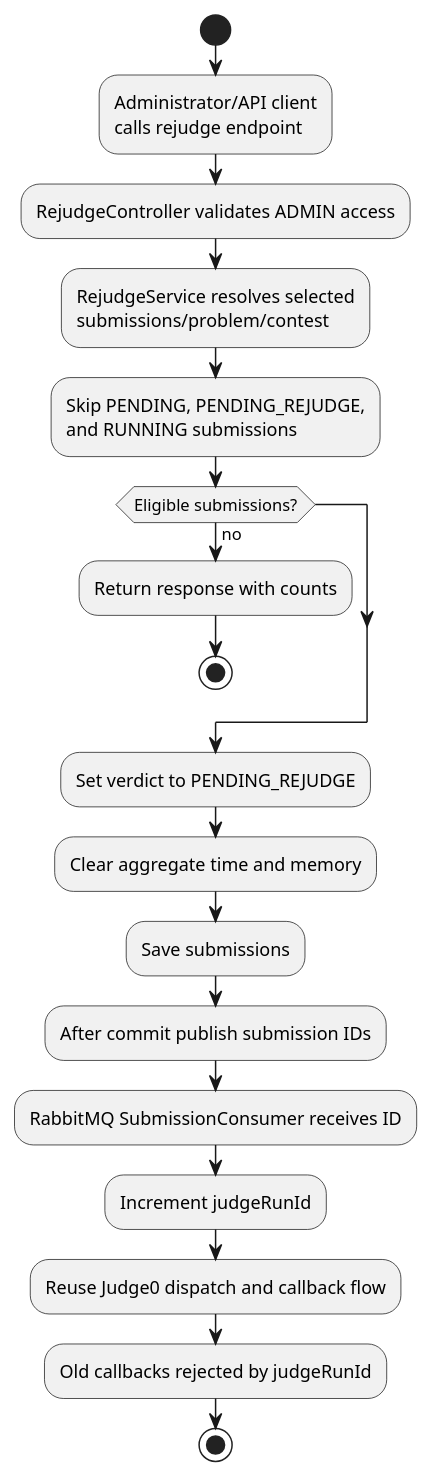
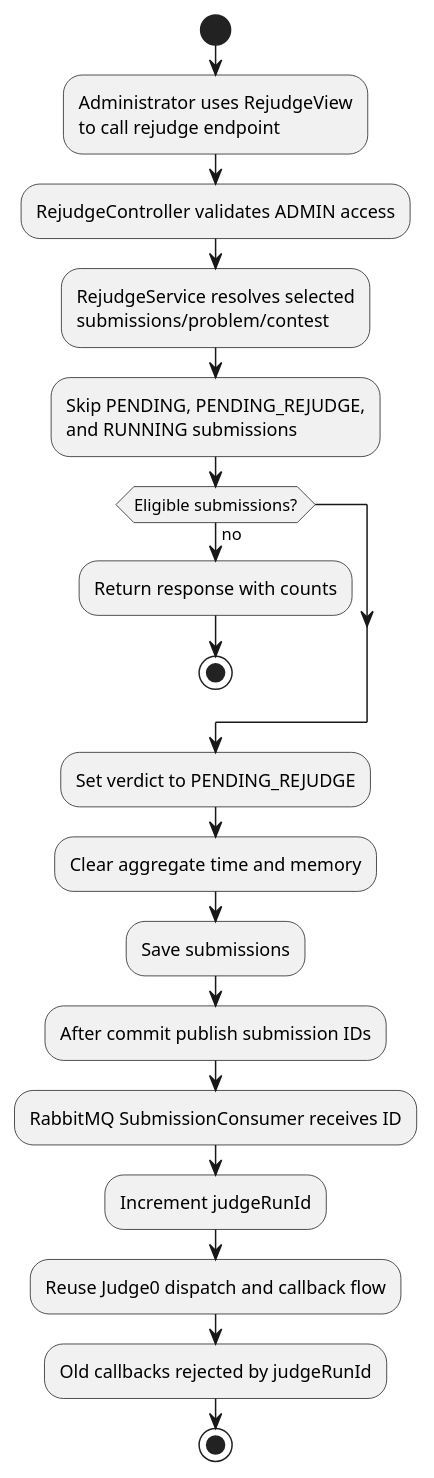
Diagram 11 of 17 in docs/report-rebuild/diagram-prompts.md (AuraC-graduate-project/AuraC2), drawn with PlantUML before and after one commit. The commit also changed other lines of this file and 10 other files, not shown here.

````diff
--- a/docs/report-rebuild/diagram-prompts.md
+++ b/docs/report-rebuild/diagram-prompts.md
@@ -430,22 +442,22 @@
 ```plantuml
 @startuml
 start
-:Administrator/API client\ncalls rejudge endpoint;
+:Administrator uses RejudgeView\nto call rejudge endpoint;
 :RejudgeController validates ADMIN access;
 :RejudgeService resolves selected\nsubmissions/problem/contest;
 :Skip PENDING, PENDING_REJUDGE,\nand RUNNING submissions;
 if (Eligible submissions?) then (no)
   :Return response with counts;
   stop
 endif
 :Set verdict to PENDING_REJUDGE;
 :Clear aggregate time and memory;
 :Save submissions;
 :After commit publish submission IDs;
 :RabbitMQ SubmissionConsumer receives ID;
 :Increment judgeRunId;
 :Reuse Judge0 dispatch and callback flow;
 :Old callbacks rejected by judgeRunId;
 stop
 @enduml
 ```
````
